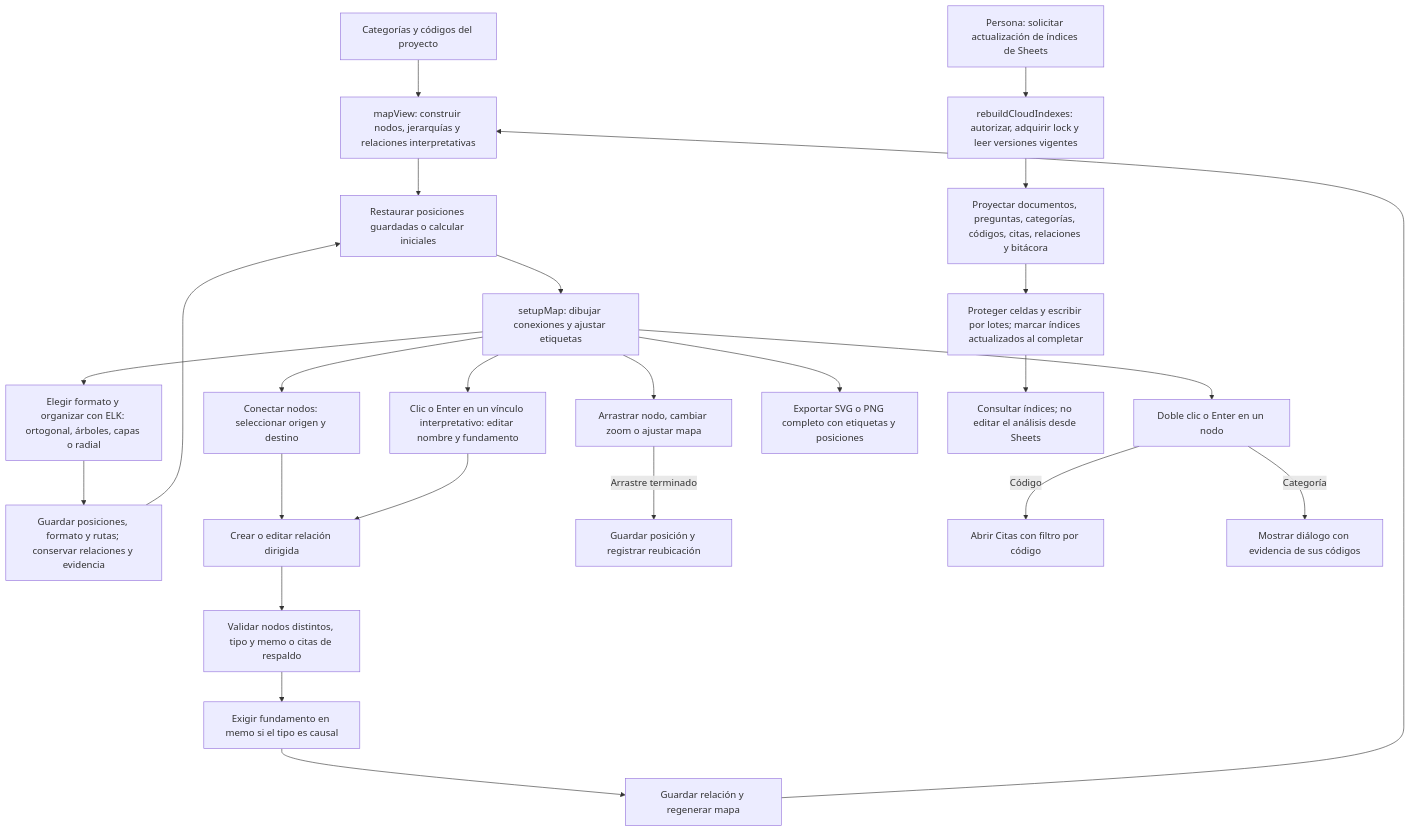
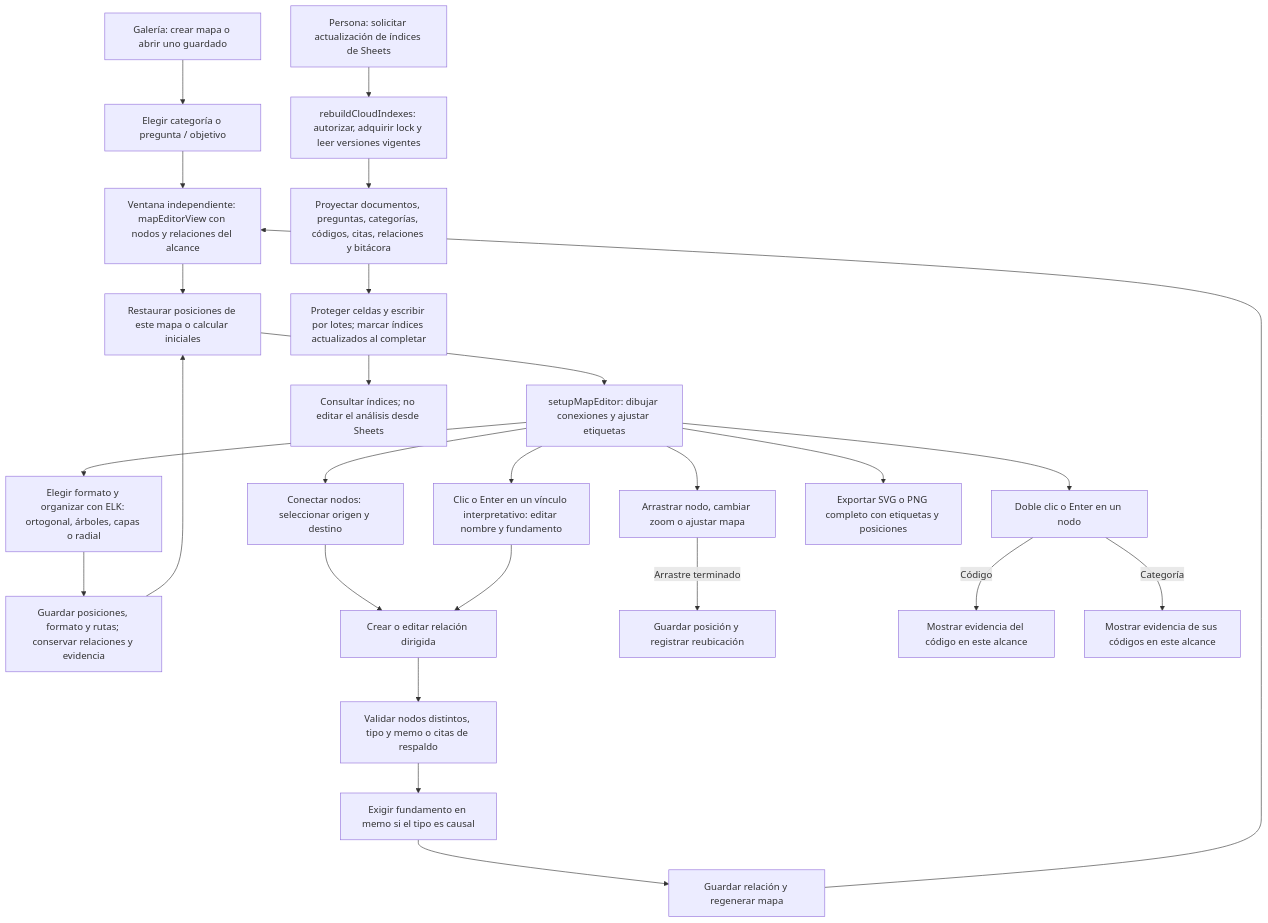
The fifth of 7 diagrams in README.md (estebancofre-coy/trama-cualitativa), drawn with Mermaid before and after one commit. The commit also changed other lines of this file and 9 other files, not shown here.

Commit message:
Abrir mapas de relaciones guardados en ventanas sincronizadas

````diff
--- a/README.md
+++ b/README.md
@@ -323,27 +329,28 @@
 ```mermaid
 flowchart TD
-	A["Categorías y códigos del proyecto"] --> B["mapView: construir nodos, jerarquías y relaciones interpretativas"]
-	B --> C["Restaurar posiciones guardadas o calcular iniciales"]
-	C --> D["setupMap: dibujar conexiones y ajustar etiquetas"]
+	A["Galería: crear mapa o abrir uno guardado"] --> SCOPE["Elegir categoría o pregunta / objetivo"]
+	SCOPE --> B["Ventana independiente: mapEditorView con nodos y relaciones del alcance"]
+	B --> C["Restaurar posiciones de este mapa o calcular iniciales"]
+	C --> D["setupMapEditor: dibujar conexiones y ajustar etiquetas"]
 	D --> E["Arrastrar nodo, cambiar zoom o ajustar mapa"]
 	D --> ELK["Elegir formato y organizar con ELK: ortogonal, árboles, capas o radial"]
 	ELK --> SAVE["Guardar posiciones, formato y rutas; conservar relaciones y evidencia"]
 	SAVE --> C
 	D --> CONNECT["Conectar nodos: seleccionar origen y destino"]
 	CONNECT --> J
 	D --> EDIT["Clic o Enter en un vínculo interpretativo: editar nombre y fundamento"]
 	EDIT --> J
 	E -->|Arrastre terminado| F["Guardar posición y registrar reubicación"]
 	D --> G["Doble clic o Enter en un nodo"]
-	G -->|Código| H["Abrir Citas con filtro por código"]
-	G -->|Categoría| I["Mostrar diálogo con evidencia de sus códigos"]
+	G -->|Código| H["Mostrar evidencia del código en este alcance"]
+	G -->|Categoría| I["Mostrar evidencia de sus códigos en este alcance"]
 	J["Crear o editar relación dirigida"] --> K["Validar nodos distintos, tipo y memo o citas de respaldo"]
 	K --> L["Exigir fundamento en memo si el tipo es causal"]
 	L --> M["Guardar relación y regenerar mapa"]
 	M --> B
 	D --> N["Exportar SVG o PNG completo con etiquetas y posiciones"]
 	O["Persona: solicitar actualización de índices de Sheets"] --> P["rebuildCloudIndexes: autorizar, adquirir lock y leer versiones vigentes"]
 	P --> Q["Proyectar documentos, preguntas, categorías, códigos, citas, relaciones y bitácora"]
 	Q --> R["Proteger celdas y escribir por lotes; marcar índices actualizados al completar"]
 	R --> S["Consultar índices; no editar el análisis desde Sheets"]
 ```
````
